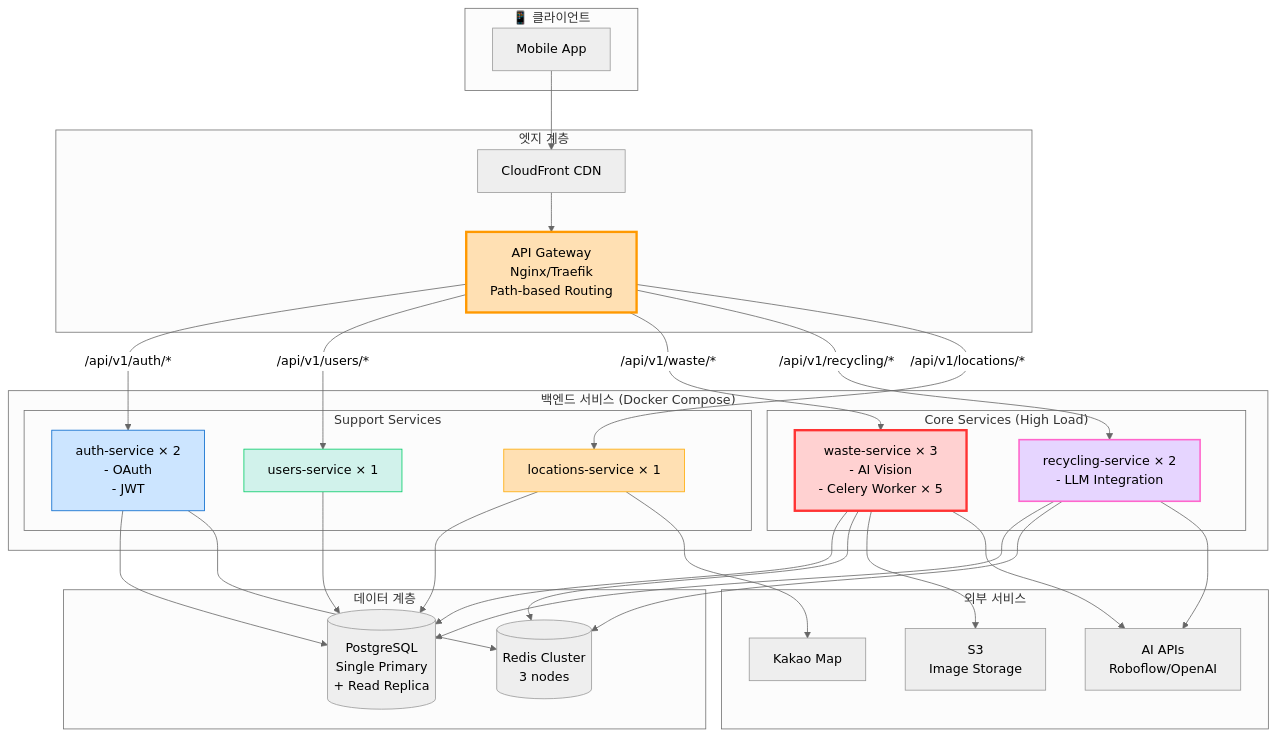
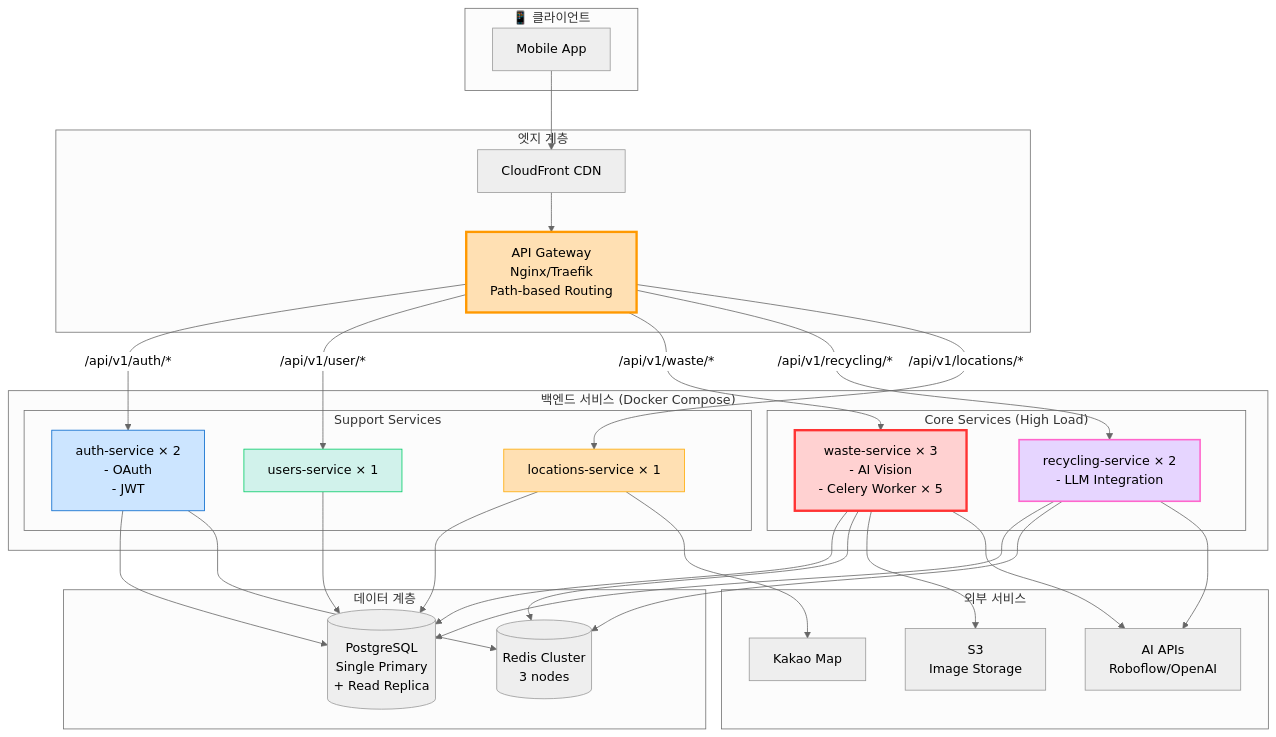
Before and after one commit to SeSACTHON/backend: the sixth of 9 diagrams in docs/archive/design-reviews/06-microservices-architecture.md, drawn with Mermaid (neutral theme). The commit also changed other lines of this file and 20 other files, not shown here.

````diff
--- a/docs/archive/design-reviews/06-microservices-architecture.md
+++ b/docs/archive/design-reviews/06-microservices-architecture.md
@@ -381,67 +381,67 @@
 ```mermaid
 graph TB
     subgraph Client["📱 클라이언트"]
         App[Mobile App]
     end
     
     subgraph Edge["엣지 계층"]
         CDN[CloudFront CDN]
         Gateway[API Gateway<br/>Nginx/Traefik<br/>Path-based Routing]
     end
     
     subgraph Backend["백엔드 서비스 (Docker Compose)"]
         subgraph Core["Core Services (High Load)"]
             Waste[waste-service × 3<br/>- AI Vision<br/>- Celery Worker × 5]
             Recycling[recycling-service × 2<br/>- LLM Integration]
         end
         
         subgraph Support["Support Services"]
             Auth[auth-service × 2<br/>- OAuth<br/>- JWT]
             Users[users-service × 1]
             Locations[locations-service × 1]
         end
     end
     
     subgraph Data["데이터 계층"]
         DB[(PostgreSQL<br/>Single Primary<br/>+ Read Replica)]
         Cache[(Redis Cluster<br/>3 nodes)]
     end
     
     subgraph External["외부 서비스"]
         S3[S3<br/>Image Storage]
         AI[AI APIs<br/>Roboflow/OpenAI]
         Map[Kakao Map]
     end
     
     App --> CDN
     CDN --> Gateway
     
     Gateway -->|/api/v1/auth/*| Auth
-    Gateway -->|/api/v1/users/*| Users
+    Gateway -->|/api/v1/user/*| Users
     Gateway -->|/api/v1/waste/*| Waste
     Gateway -->|/api/v1/recycling/*| Recycling
     Gateway -->|/api/v1/locations/*| Locations
     
     Waste --> DB
     Waste --> Cache
     Waste --> S3
     Waste --> AI
     
     Recycling --> DB
     Recycling --> Cache
     Recycling --> AI
     
     Auth --> DB
     Auth --> Cache
     
     Users --> DB
     Locations --> DB
     Locations --> Map
     
     style Gateway fill:#ffe0b3,stroke:#ff9900,stroke-width:3px
     style Waste fill:#ffd1d1,stroke:#ff3333,stroke-width:3px
     style Recycling fill:#e6d5ff,stroke:#ff66cc,stroke-width:2px
     style Auth fill:#cce5ff,stroke:#0066cc
     style Users fill:#d1f2eb,stroke:#00cc66
     style Locations fill:#ffe0b3,stroke:#ffaa00
 ```
````
